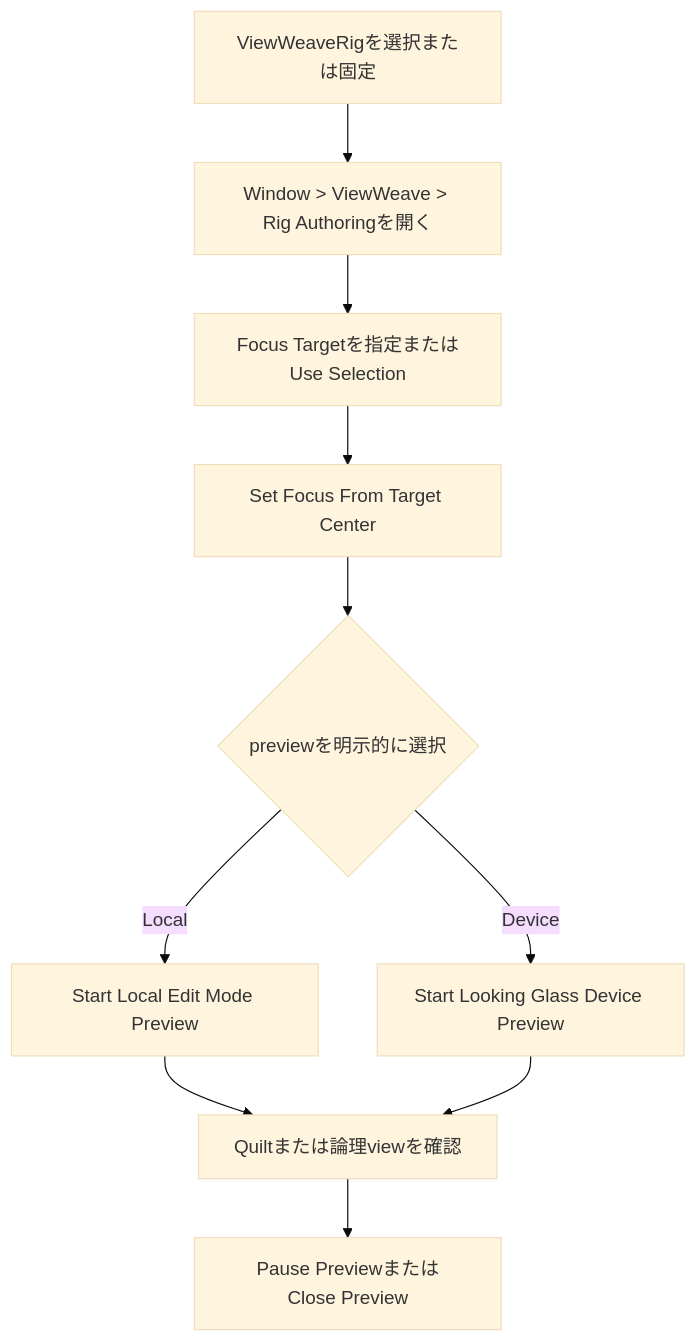
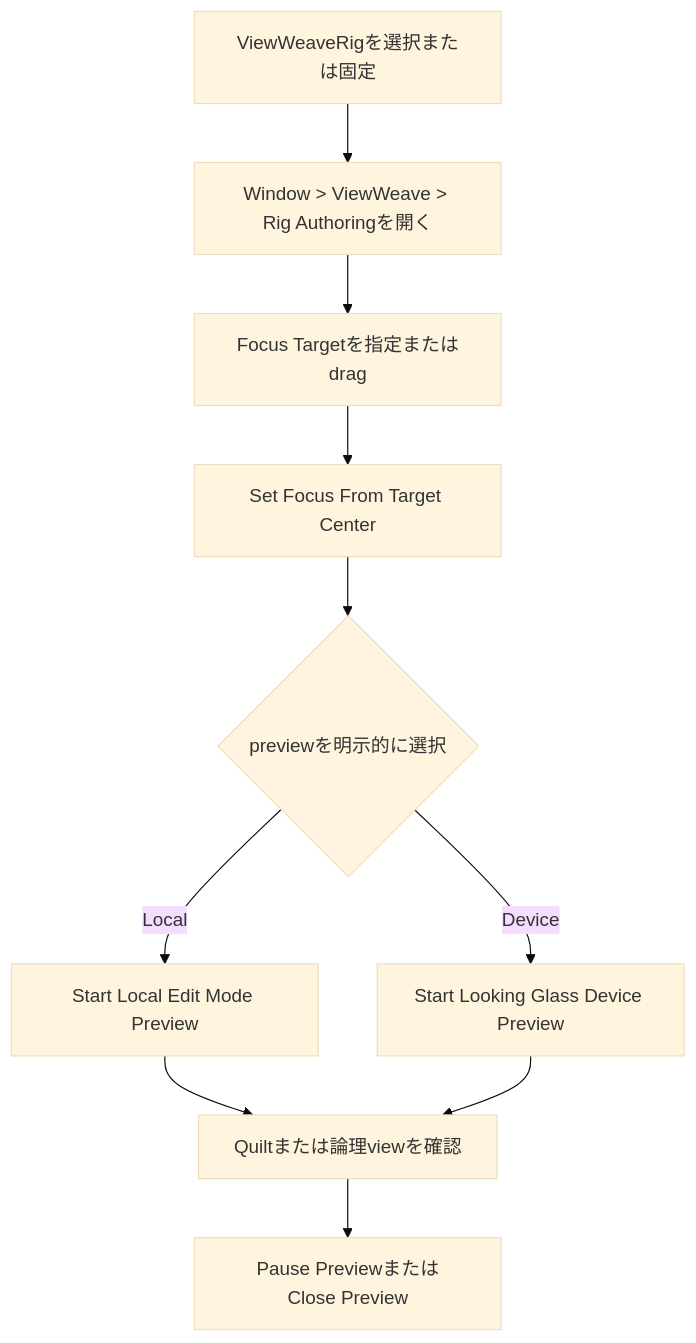
Before and after one commit to zabaglione/ViewWeave: the first of 4 diagrams in docs/ja/quilt-authoring.md, drawn with Mermaid (base theme). The commit also changed other lines of this file and 15 other files, not shown here.

Commit message:
Remove Use Selection from focus controls

````diff
--- a/docs/ja/quilt-authoring.md
+++ b/docs/ja/quilt-authoring.md
@@ -19,12 +19,12 @@
 ```mermaid
 flowchart TB
     Rig["ViewWeaveRigを選択または固定"] --> Window["Window > ViewWeave > Rig Authoringを開く"]
-    Window --> Target["Focus Targetを指定またはUse Selection"]
+    Window --> Target["Focus Targetを指定またはdrag"]
     Target --> Focus["Set Focus From Target Center"]
     Focus --> Preview{"previewを明示的に選択"}
     Preview -->|Local| Local["Start Local Edit Mode Preview"]
     Preview -->|Device| Device["Start Looking Glass Device Preview"]
     Local --> Inspect["Quiltまたは論理viewを確認"]
     Device --> Inspect
     Inspect --> Stop["Pause PreviewまたはClose Preview"]
 ```
````
